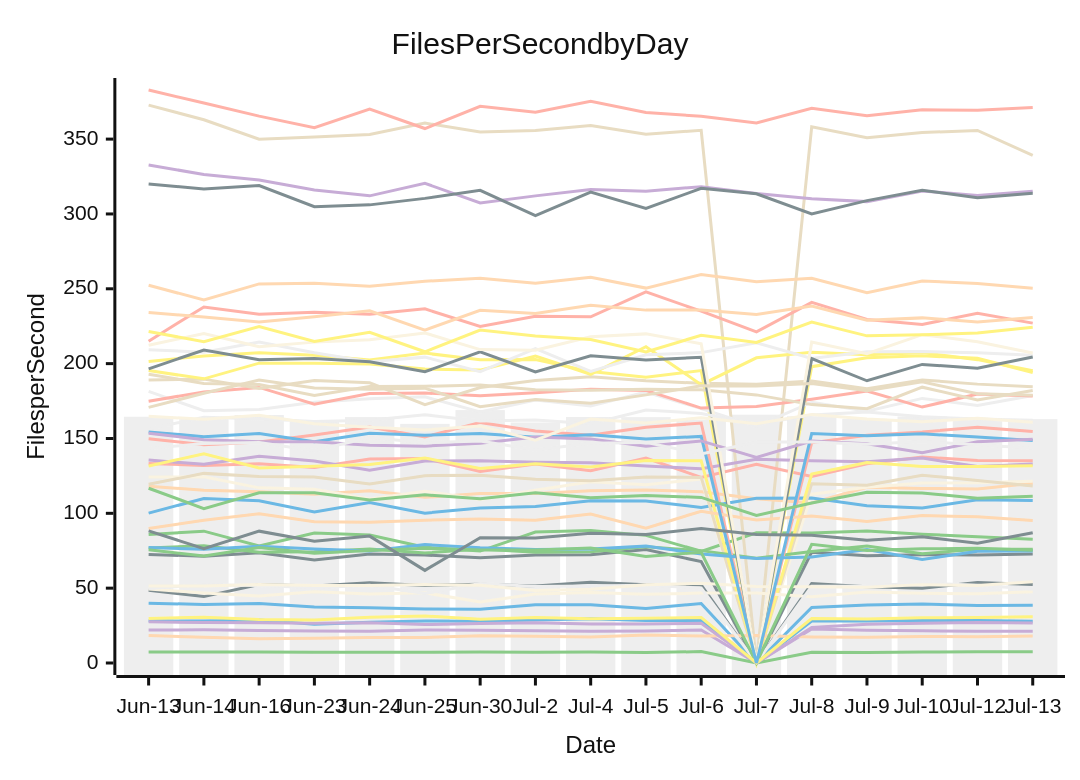
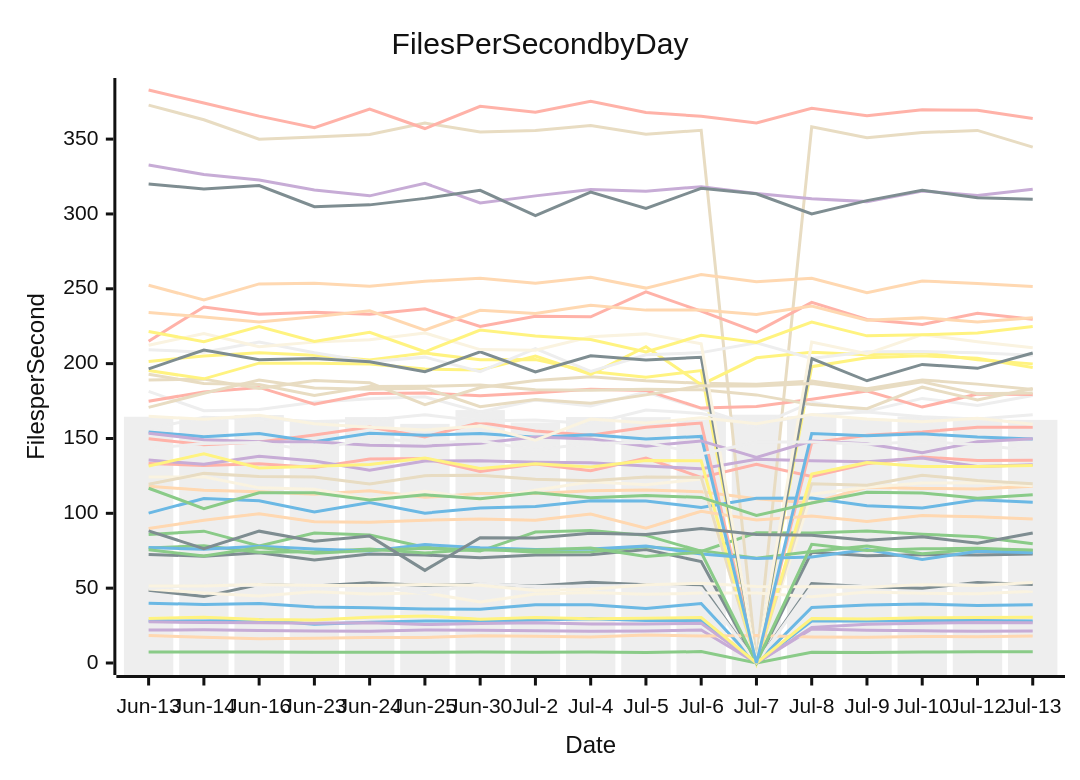
The diagram in perf-report.md (streetsidesoftware/cspell), drawn with Mermaid (neutral theme) before and after one commit. The commit also changed other lines of this file and 1 other file, not shown here.

````diff
--- a/perf-report.md
+++ b/perf-report.md
@@ -10,57 +10,57 @@
 ```mermaid
 xychart-beta
     title Files Per Second by Day
     y-axis Files per Second
     x-axis Date [Jun-13, Jun-14, Jun-16, Jun-23, Jun-24, Jun-25, Jun-30, Jul-2, Jul-4, Jul-5, Jul-6, Jul-7, Jul-8, Jul-9, Jul-10, Jul-12, Jul-13]
-    bar [164.52, 162.91, 165.65, 161.06, 164.28, 159.75, 168.95, 160.66, 164.38, 164.27, 162.48, 165.90, 164.83, 163.05, 164.68, 163.19, 162.91]
-    line [40.00, 39.07, 39.70, 37.48, 36.99, 36.10, 35.86, 38.94, 38.99, 36.38, 39.71, 0.00, 37.09, 38.73, 39.43, 38.35, 38.60]
-    line [85.81, 88.09, 78.16, 86.88, 85.49, 77.34, 74.76, 87.51, 88.59, 85.26, 74.62, 86.95, 86.80, 88.24, 86.00, 84.39, 82.74]
-    line [22.04, 22.18, 21.66, 21.30, 21.15, 22.00, 21.90, 21.51, 21.13, 21.43, 22.00, 0.00, 22.72, 21.87, 21.57, 21.20, 21.22]
-    line [372.72, 362.93, 349.94, 351.35, 353.13, 360.69, 354.83, 355.80, 359.03, 353.22, 355.88, 0.00, 358.26, 350.93, 354.34, 355.82, 339.08]
-    line [133.31, 131.91, 133.18, 130.59, 136.24, 136.67, 127.99, 132.91, 128.52, 136.97, 123.97, 132.77, 124.67, 133.15, 137.66, 135.26, 135.05]
-    line [201.47, 205.17, 207.22, 205.60, 202.43, 207.02, 202.54, 202.72, 194.67, 190.86, 195.33, 0.00, 197.97, 203.94, 205.22, 203.61, 194.11]
-    line [48.63, 44.36, 52.41, 51.44, 53.68, 51.84, 52.69, 51.50, 53.98, 52.25, 52.09, 0.00, 53.03, 50.88, 50.01, 53.83, 52.52]
-    line [118.07, 115.35, 114.38, 112.71, 115.12, 110.67, 113.20, 113.18, 115.07, 115.63, 114.45, 109.79, 106.87, 117.37, 116.66, 116.21, 120.01]
-    line [124.29, 124.35, 117.01, 116.01, 109.65, 114.81, 109.29, 115.47, 121.09, 119.06, 122.86, 0.00, 112.77, 117.49, 120.30, 120.41, 121.48]
-    line [181.43, 168.60, 169.42, 174.24, 176.57, 177.80, 167.68, 175.75, 171.75, 180.95, 169.97, 158.13, 174.21, 168.28, 176.77, 172.02, 178.73]
-    line [100.16, 109.91, 108.33, 100.84, 107.27, 100.09, 103.62, 104.63, 108.43, 108.27, 103.96, 110.08, 110.20, 105.06, 103.60, 109.02, 108.61]
-    line [7.35, 7.42, 7.28, 7.12, 7.22, 7.17, 7.37, 7.23, 7.36, 6.99, 7.61, 0.00, 7.24, 7.01, 7.27, 7.49, 7.45]
-    line [135.55, 132.71, 138.18, 135.01, 128.78, 135.00, 135.05, 134.05, 133.73, 131.56, 129.78, 136.12, 135.18, 134.44, 136.88, 131.27, 133.01]
-    line [119.36, 126.68, 124.68, 124.29, 119.55, 125.16, 125.39, 122.70, 121.73, 124.30, 123.97, 0.00, 119.80, 118.70, 125.49, 121.97, 118.29]
-    line [174.92, 181.06, 184.11, 172.84, 180.05, 180.38, 178.52, 180.47, 182.90, 182.10, 170.31, 171.39, 176.15, 181.65, 170.98, 179.72, 178.38]
-    line [131.67, 139.76, 130.35, 131.39, 132.60, 136.92, 129.95, 133.16, 130.87, 135.23, 135.13, 0.00, 126.22, 133.87, 131.35, 131.34, 131.75]
-    line [72.46, 71.40, 73.58, 68.82, 72.77, 72.13, 70.38, 72.17, 72.40, 75.76, 67.72, 0.00, 74.05, 71.58, 72.37, 72.08, 72.78]
-    line [18.34, 17.12, 16.25, 16.59, 17.11, 17.00, 18.16, 17.94, 17.30, 18.64, 18.07, 18.36, 17.45, 17.16, 17.77, 17.48, 17.98]
-    line [49.42, 46.70, 44.72, 47.61, 46.18, 46.86, 40.79, 46.17, 47.03, 45.86, 46.70, 46.74, 44.23, 47.36, 46.58, 46.27, 47.55]
-    line [49.85, 52.20, 51.85, 50.23, 51.87, 46.40, 53.06, 51.19, 51.40, 51.86, 50.10, 0.00, 51.21, 51.39, 53.37, 51.98, 49.43]
-    line [28.16, 28.05, 28.76, 25.82, 27.29, 28.03, 27.82, 28.74, 29.48, 28.36, 28.34, 0.00, 27.98, 28.10, 28.43, 28.38, 27.89]
-    line [76.81, 78.39, 74.00, 74.26, 76.13, 73.45, 76.23, 74.07, 74.35, 77.62, 75.07, 70.03, 74.46, 78.13, 73.01, 75.98, 76.02]
-    line [332.69, 326.37, 322.64, 316.02, 312.10, 320.45, 307.34, 312.08, 316.35, 315.20, 318.22, 313.66, 310.11, 308.24, 315.35, 312.26, 315.10]
-    line [189.08, 189.64, 183.39, 188.80, 187.17, 172.53, 184.06, 188.67, 191.18, 188.53, 186.82, 186.30, 188.38, 183.25, 189.14, 186.31, 184.57]
-    line [149.82, 145.84, 147.63, 152.29, 157.67, 151.07, 160.69, 154.94, 152.23, 157.47, 160.32, 0.00, 147.14, 152.12, 154.25, 157.55, 154.62]
-    line [195.38, 189.84, 200.33, 200.19, 199.73, 196.39, 195.67, 205.11, 192.90, 211.35, 185.93, 203.88, 207.58, 205.87, 207.35, 202.66, 195.27]
-    line [320.05, 316.70, 318.97, 304.83, 306.07, 310.41, 315.81, 298.93, 314.56, 303.69, 317.11, 313.48, 300.01, 308.91, 315.76, 310.85, 313.82]
-    line [89.92, 95.33, 99.63, 94.35, 94.02, 95.44, 96.15, 95.34, 99.55, 90.07, 101.41, 95.54, 98.21, 94.52, 98.50, 97.78, 95.28]
-    line [51.41, 51.47, 52.39, 51.73, 51.82, 52.39, 52.00, 48.43, 49.22, 52.34, 53.26, 51.10, 50.86, 50.66, 52.36, 51.79, 54.34]
-    line [209.33, 207.61, 214.45, 207.28, 201.26, 204.34, 194.65, 210.00, 194.85, 205.89, 207.36, 213.92, 203.52, 207.94, 208.03, 207.20, 205.60]
-    line [77.13, 76.03, 78.06, 76.22, 74.88, 79.14, 76.99, 75.88, 76.09, 78.08, 72.78, 69.82, 70.79, 75.77, 69.10, 74.66, 74.82]
-    line [75.61, 71.46, 77.16, 73.34, 75.14, 76.59, 75.51, 75.45, 76.79, 71.21, 73.99, 0.00, 79.33, 75.23, 76.27, 76.63, 75.30]
-    line [27.49, 26.99, 26.84, 26.60, 26.95, 25.71, 26.35, 26.84, 26.11, 26.06, 26.52, 0.00, 23.76, 25.86, 26.61, 27.13, 26.68]
-    line [192.94, 186.79, 186.02, 178.80, 184.67, 184.84, 185.79, 182.56, 182.17, 182.82, 182.50, 179.12, 172.62, 169.88, 184.28, 175.71, 182.06]
-    line [215.01, 237.87, 232.93, 234.34, 233.01, 236.58, 224.78, 231.59, 231.28, 247.94, 235.03, 221.17, 240.95, 229.51, 226.18, 233.66, 227.06]
-    line [29.76, 30.63, 29.07, 28.80, 30.64, 31.41, 29.25, 30.37, 29.62, 29.89, 30.35, 0.00, 29.68, 29.34, 30.24, 30.35, 30.86]
-    line [196.51, 209.12, 202.60, 203.46, 201.26, 194.60, 207.89, 194.40, 205.29, 202.49, 204.26, 0.00, 203.31, 188.55, 199.47, 196.87, 204.37]
-    line [234.11, 231.13, 227.87, 231.36, 235.26, 222.40, 235.59, 233.45, 238.97, 235.75, 235.89, 232.86, 238.48, 229.00, 230.57, 227.85, 230.82]
-    line [212.23, 220.18, 211.27, 214.37, 216.02, 220.47, 209.37, 208.94, 217.94, 219.88, 213.33, 0.00, 214.36, 206.61, 219.33, 214.62, 207.13]
-    line [156.38, 164.16, 163.15, 161.29, 162.24, 165.87, 161.72, 162.26, 159.82, 169.05, 166.75, 159.60, 165.64, 167.61, 164.48, 163.07, 162.23]
-    line [154.36, 151.21, 153.33, 147.83, 153.51, 152.15, 153.26, 150.82, 152.56, 149.61, 151.37, 0.00, 153.34, 151.79, 153.10, 150.91, 148.64]
-    line [116.73, 103.14, 113.74, 113.71, 108.86, 112.34, 109.73, 113.68, 110.37, 111.97, 110.64, 98.54, 106.95, 114.12, 113.53, 110.15, 111.38]
-    line [153.45, 149.19, 147.76, 147.78, 145.47, 144.87, 146.87, 151.06, 149.73, 144.88, 148.36, 137.35, 148.23, 146.43, 140.41, 147.84, 149.53]
-    line [170.75, 180.24, 189.10, 183.71, 182.95, 183.62, 171.28, 176.05, 173.54, 179.14, 185.15, 184.99, 186.71, 181.92, 187.82, 179.82, 178.95]
-    line [382.81, 374.09, 365.35, 357.60, 370.08, 357.07, 371.96, 367.90, 375.27, 367.85, 365.20, 360.83, 370.59, 365.59, 369.56, 369.35, 371.18]
-    line [221.53, 214.60, 224.77, 214.79, 220.92, 207.92, 222.39, 218.49, 216.06, 207.77, 218.95, 214.11, 227.80, 218.56, 219.23, 220.42, 224.35]
-    line [88.26, 76.41, 88.08, 81.29, 84.76, 61.88, 83.73, 83.48, 86.69, 85.83, 89.91, 85.92, 85.41, 81.93, 84.31, 79.99, 87.05]
-    line [252.37, 242.53, 253.26, 253.77, 251.67, 255.05, 257.07, 253.64, 257.67, 250.47, 259.54, 254.67, 257.07, 247.35, 255.25, 253.55, 250.33]
-    line [164.92, 162.77, 165.48, 159.81, 157.56, 155.70, 158.25, 148.90, 163.02, 160.27, 163.84, 159.78, 166.09, 162.99, 161.12, 163.50, 160.82]
-    line [143.36, 146.61, 147.23, 141.81, 150.65, 147.20, 148.34, 142.33, 146.88, 147.38, 139.67, 147.57, 147.61, 146.15, 148.02, 145.81, 143.42]
+    bar [164.52, 162.91, 165.65, 161.06, 164.28, 159.75, 168.95, 160.66, 164.38, 164.27, 162.48, 165.90, 164.83, 163.05, 164.68, 163.19, 162.43]
+    line [40.00, 39.07, 39.70, 37.48, 36.99, 36.10, 35.86, 38.94, 38.99, 36.38, 39.71, 0.00, 37.09, 38.73, 39.43, 38.35, 38.90]
+    line [85.81, 88.09, 78.16, 86.88, 85.49, 77.34, 74.76, 87.51, 88.59, 85.26, 74.62, 86.95, 86.80, 88.24, 86.00, 84.39, 79.74]
+    line [22.04, 22.18, 21.66, 21.30, 21.15, 22.00, 21.90, 21.51, 21.13, 21.43, 22.00, 0.00, 22.72, 21.87, 21.57, 21.20, 21.36]
+    line [372.72, 362.93, 349.94, 351.35, 353.13, 360.69, 354.83, 355.80, 359.03, 353.22, 355.88, 0.00, 358.26, 350.93, 354.34, 355.82, 344.62]
+    line [133.31, 131.91, 133.18, 130.59, 136.24, 136.67, 127.99, 132.91, 128.52, 136.97, 123.97, 132.77, 124.67, 133.15, 137.66, 135.26, 135.39]
+    line [201.47, 205.17, 207.22, 205.60, 202.43, 207.02, 202.54, 202.72, 194.67, 190.86, 195.33, 0.00, 197.97, 203.94, 205.22, 203.61, 197.40]
+    line [48.63, 44.36, 52.41, 51.44, 53.68, 51.84, 52.69, 51.50, 53.98, 52.25, 52.09, 0.00, 53.03, 50.88, 50.01, 53.83, 52.41]
+    line [118.07, 115.35, 114.38, 112.71, 115.12, 110.67, 113.20, 113.18, 115.07, 115.63, 114.45, 109.79, 106.87, 117.37, 116.66, 116.21, 118.14]
+    line [124.29, 124.35, 117.01, 116.01, 109.65, 114.81, 109.29, 115.47, 121.09, 119.06, 122.86, 0.00, 112.77, 117.49, 120.30, 120.41, 118.48]
+    line [181.43, 168.60, 169.42, 174.24, 176.57, 177.80, 167.68, 175.75, 171.75, 180.95, 169.97, 158.13, 174.21, 168.28, 176.77, 172.02, 178.72]
+    line [100.16, 109.91, 108.33, 100.84, 107.27, 100.09, 103.62, 104.63, 108.43, 108.27, 103.96, 110.08, 110.20, 105.06, 103.60, 109.02, 107.38]
+    line [7.35, 7.42, 7.28, 7.12, 7.22, 7.17, 7.37, 7.23, 7.36, 6.99, 7.61, 0.00, 7.24, 7.01, 7.27, 7.49, 7.49]
+    line [135.55, 132.71, 138.18, 135.01, 128.78, 135.00, 135.05, 134.05, 133.73, 131.56, 129.78, 136.12, 135.18, 134.44, 136.88, 131.27, 132.43]
+    line [119.36, 126.68, 124.68, 124.29, 119.55, 125.16, 125.39, 122.70, 121.73, 124.30, 123.97, 0.00, 119.80, 118.70, 125.49, 121.97, 119.76]
+    line [174.92, 181.06, 184.11, 172.84, 180.05, 180.38, 178.52, 180.47, 182.90, 182.10, 170.31, 171.39, 176.15, 181.65, 170.98, 179.72, 179.37]
+    line [131.67, 139.76, 130.35, 131.39, 132.60, 136.92, 129.95, 133.16, 130.87, 135.23, 135.13, 0.00, 126.22, 133.87, 131.35, 131.34, 131.95]
+    line [72.46, 71.40, 73.58, 68.82, 72.77, 72.13, 70.38, 72.17, 72.40, 75.76, 67.72, 0.00, 74.05, 71.58, 72.37, 72.08, 72.80]
+    line [18.34, 17.12, 16.25, 16.59, 17.11, 17.00, 18.16, 17.94, 17.30, 18.64, 18.07, 18.36, 17.45, 17.16, 17.77, 17.48, 17.96]
+    line [49.42, 46.70, 44.72, 47.61, 46.18, 46.86, 40.79, 46.17, 47.03, 45.86, 46.70, 46.74, 44.23, 47.36, 46.58, 46.27, 47.99]
+    line [49.85, 52.20, 51.85, 50.23, 51.87, 46.40, 53.06, 51.19, 51.40, 51.86, 50.10, 0.00, 51.21, 51.39, 53.37, 51.98, 49.24]
+    line [28.16, 28.05, 28.76, 25.82, 27.29, 28.03, 27.82, 28.74, 29.48, 28.36, 28.34, 0.00, 27.98, 28.10, 28.43, 28.38, 28.02]
+    line [76.81, 78.39, 74.00, 74.26, 76.13, 73.45, 76.23, 74.07, 74.35, 77.62, 75.07, 70.03, 74.46, 78.13, 73.01, 75.98, 75.26]
+    line [332.69, 326.37, 322.64, 316.02, 312.10, 320.45, 307.34, 312.08, 316.35, 315.20, 318.22, 313.66, 310.11, 308.24, 315.35, 312.26, 316.54]
+    line [189.08, 189.64, 183.39, 188.80, 187.17, 172.53, 184.06, 188.67, 191.18, 188.53, 186.82, 186.30, 188.38, 183.25, 189.14, 186.31, 182.67]
+    line [149.82, 145.84, 147.63, 152.29, 157.67, 151.07, 160.69, 154.94, 152.23, 157.47, 160.32, 0.00, 147.14, 152.12, 154.25, 157.55, 157.57]
+    line [195.38, 189.84, 200.33, 200.19, 199.73, 196.39, 195.67, 205.11, 192.90, 211.35, 185.93, 203.88, 207.58, 205.87, 207.35, 202.66, 199.84]
+    line [320.05, 316.70, 318.97, 304.83, 306.07, 310.41, 315.81, 298.93, 314.56, 303.69, 317.11, 313.48, 300.01, 308.91, 315.76, 310.85, 309.84]
+    line [89.92, 95.33, 99.63, 94.35, 94.02, 95.44, 96.15, 95.34, 99.55, 90.07, 101.41, 95.54, 98.21, 94.52, 98.50, 97.78, 96.17]
+    line [51.41, 51.47, 52.39, 51.73, 51.82, 52.39, 52.00, 48.43, 49.22, 52.34, 53.26, 51.10, 50.86, 50.66, 52.36, 51.79, 53.82]
+    line [209.33, 207.61, 214.45, 207.28, 201.26, 204.34, 194.65, 210.00, 194.85, 205.89, 207.36, 213.92, 203.52, 207.94, 208.03, 207.20, 205.62]
+    line [77.13, 76.03, 78.06, 76.22, 74.88, 79.14, 76.99, 75.88, 76.09, 78.08, 72.78, 69.82, 70.79, 75.77, 69.10, 74.66, 73.66]
+    line [75.61, 71.46, 77.16, 73.34, 75.14, 76.59, 75.51, 75.45, 76.79, 71.21, 73.99, 0.00, 79.33, 75.23, 76.27, 76.63, 75.41]
+    line [27.49, 26.99, 26.84, 26.60, 26.95, 25.71, 26.35, 26.84, 26.11, 26.06, 26.52, 0.00, 23.76, 25.86, 26.61, 27.13, 26.83]
+    line [192.94, 186.79, 186.02, 178.80, 184.67, 184.84, 185.79, 182.56, 182.17, 182.82, 182.50, 179.12, 172.62, 169.88, 184.28, 175.71, 183.39]
+    line [215.01, 237.87, 232.93, 234.34, 233.01, 236.58, 224.78, 231.59, 231.28, 247.94, 235.03, 221.17, 240.95, 229.51, 226.18, 233.66, 229.73]
+    line [29.76, 30.63, 29.07, 28.80, 30.64, 31.41, 29.25, 30.37, 29.62, 29.89, 30.35, 0.00, 29.68, 29.34, 30.24, 30.35, 30.53]
+    line [196.51, 209.12, 202.60, 203.46, 201.26, 194.60, 207.89, 194.40, 205.29, 202.49, 204.26, 0.00, 203.31, 188.55, 199.47, 196.87, 207.15]
+    line [234.11, 231.13, 227.87, 231.36, 235.26, 222.40, 235.59, 233.45, 238.97, 235.75, 235.89, 232.86, 238.48, 229.00, 230.57, 227.85, 230.59]
+    line [212.23, 220.18, 211.27, 214.37, 216.02, 220.47, 209.37, 208.94, 217.94, 219.88, 213.33, 0.00, 214.36, 206.61, 219.33, 214.62, 210.58]
+    line [156.38, 164.16, 163.15, 161.29, 162.24, 165.87, 161.72, 162.26, 159.82, 169.05, 166.75, 159.60, 165.64, 167.61, 164.48, 163.07, 165.84]
+    line [154.36, 151.21, 153.33, 147.83, 153.51, 152.15, 153.26, 150.82, 152.56, 149.61, 151.37, 0.00, 153.34, 151.79, 153.10, 150.91, 149.71]
+    line [116.73, 103.14, 113.74, 113.71, 108.86, 112.34, 109.73, 113.68, 110.37, 111.97, 110.64, 98.54, 106.95, 114.12, 113.53, 110.15, 112.38]
+    line [153.45, 149.19, 147.76, 147.78, 145.47, 144.87, 146.87, 151.06, 149.73, 144.88, 148.36, 137.35, 148.23, 146.43, 140.41, 147.84, 149.86]
+    line [170.75, 180.24, 189.10, 183.71, 182.95, 183.62, 171.28, 176.05, 173.54, 179.14, 185.15, 184.99, 186.71, 181.92, 187.82, 179.82, 180.43]
+    line [382.81, 374.09, 365.35, 357.60, 370.08, 357.07, 371.96, 367.90, 375.27, 367.85, 365.20, 360.83, 370.59, 365.59, 369.56, 369.35, 363.79]
+    line [221.53, 214.60, 224.77, 214.79, 220.92, 207.92, 222.39, 218.49, 216.06, 207.77, 218.95, 214.11, 227.80, 218.56, 219.23, 220.42, 224.78]
+    line [88.26, 76.41, 88.08, 81.29, 84.76, 61.88, 83.73, 83.48, 86.69, 85.83, 89.91, 85.92, 85.41, 81.93, 84.31, 79.99, 86.85]
+    line [252.37, 242.53, 253.26, 253.77, 251.67, 255.05, 257.07, 253.64, 257.67, 250.47, 259.54, 254.67, 257.07, 247.35, 255.25, 253.55, 251.59]
+    line [164.92, 162.77, 165.48, 159.81, 157.56, 155.70, 158.25, 148.90, 163.02, 160.27, 163.84, 159.78, 166.09, 162.99, 161.12, 163.50, 159.47]
+    line [143.36, 146.61, 147.23, 141.81, 150.65, 147.20, 148.34, 142.33, 146.88, 147.38, 139.67, 147.57, 147.61, 146.15, 148.02, 145.81, 141.78]
 ```
````
